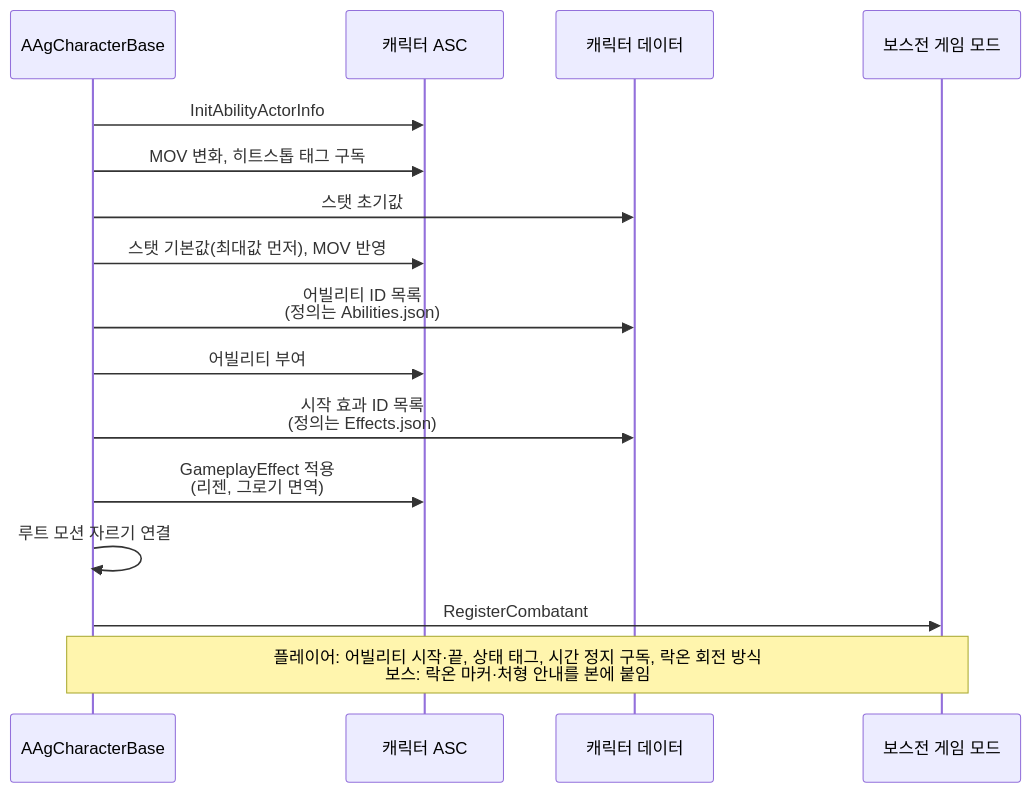
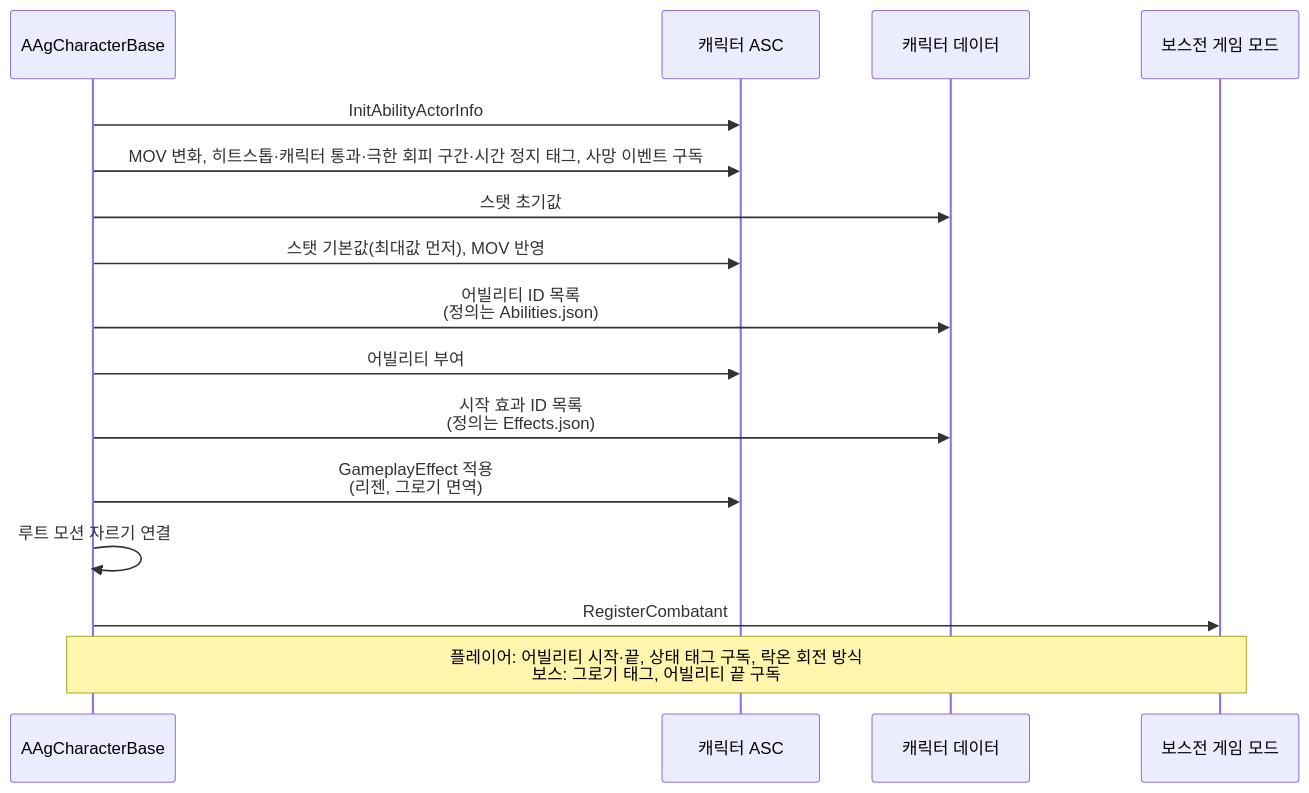
The third of 4 diagrams in Docs/Program/캐릭터와 GAS.md (Woogl/Ag), drawn with Mermaid before and after one commit. The commit also changed other lines of this file and 43 other files, not shown here.

````diff
--- a/Docs/Program/캐릭터와 GAS.md
+++ b/Docs/Program/캐릭터와 GAS.md
@@ -103,18 +103,18 @@
 ```mermaid
 sequenceDiagram
     participant C as AAgCharacterBase
     participant ASC as 캐릭터 ASC
     participant D as 캐릭터 데이터
     participant GM as 보스전 게임 모드
     C->>ASC: InitAbilityActorInfo
-    C->>ASC: MOV 변화, 히트스톱 태그 구독
+    C->>ASC: MOV 변화, 히트스톱·캐릭터 통과·극한 회피 구간·시간 정지 태그, 사망 이벤트 구독
     C->>D: 스탯 초기값
     C->>ASC: 스탯 기본값(최대값 먼저), MOV 반영
     C->>D: 어빌리티 ID 목록<br>(정의는 Abilities.json)
     C->>ASC: 어빌리티 부여
     C->>D: 시작 효과 ID 목록<br>(정의는 Effects.json)
     C->>ASC: GameplayEffect 적용<br>(리젠, 그로기 면역)
     C->>C: 루트 모션 자르기 연결
     C->>GM: RegisterCombatant
-    Note over C,GM: 플레이어: 어빌리티 시작·끝, 상태 태그, 시간 정지 구독, 락온 회전 방식<br>보스: 락온 마커·처형 안내를 본에 붙임
+    Note over C,GM: 플레이어: 어빌리티 시작·끝, 상태 태그 구독, 락온 회전 방식<br>보스: 그로기 태그, 어빌리티 끝 구독
 ```
````
